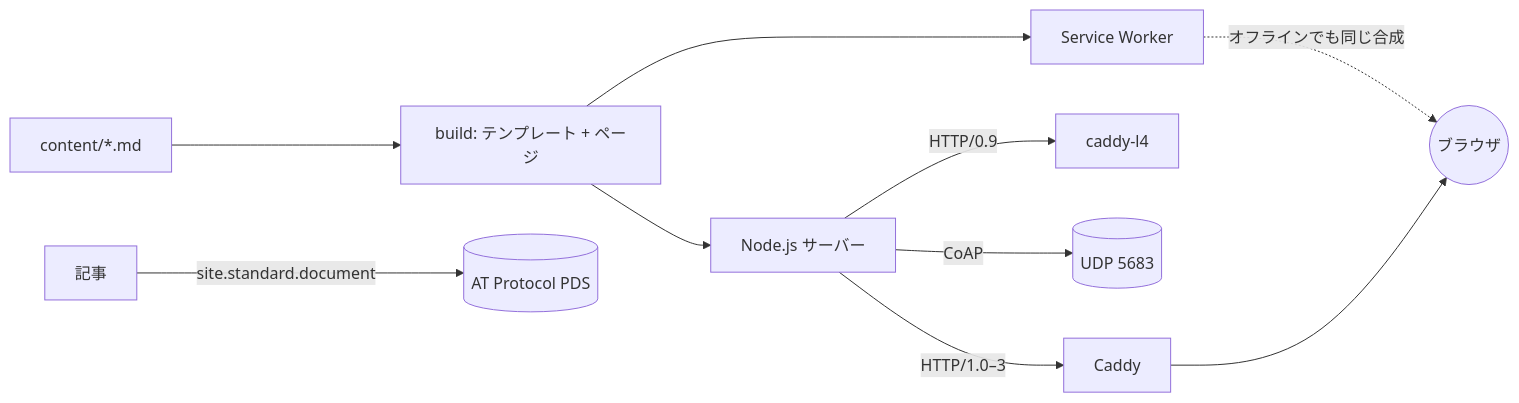
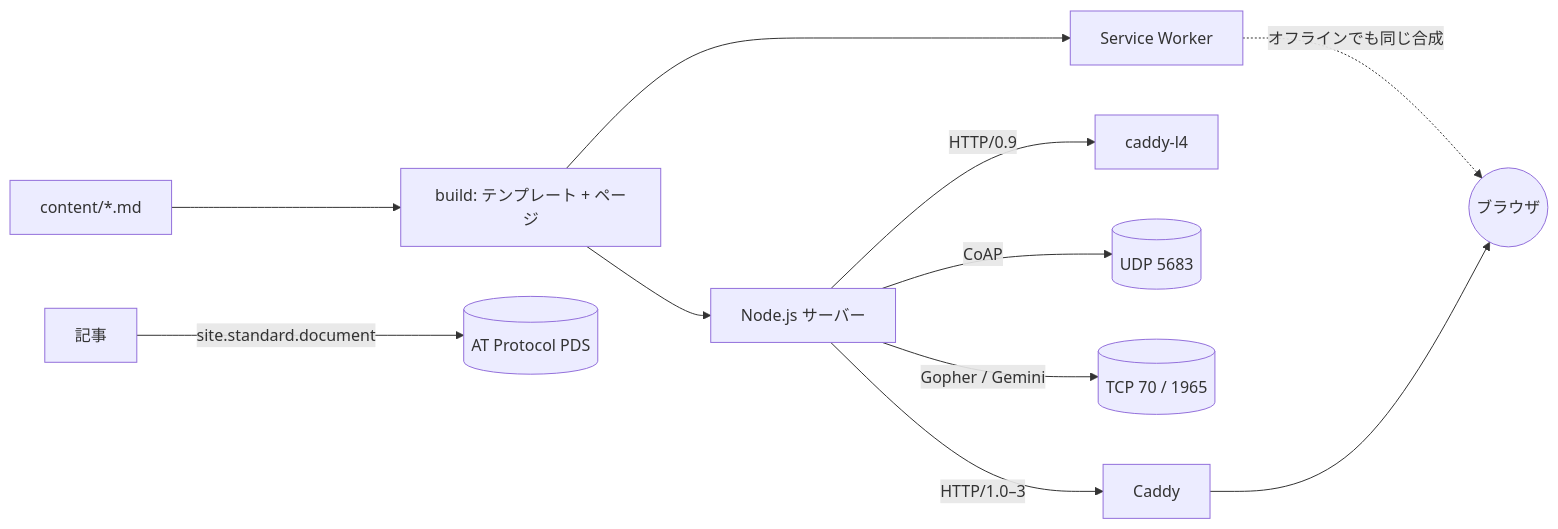
One commit to oriom-dev/oriom-dev changed the second of 2 diagrams in README.md. Above: the diagram before and after it, drawn with Mermaid. The commit also changed other lines of this file, not shown here.

Commit message:
README に Gopher・Gemini とコメント欄を追記

````diff
--- a/README.md
+++ b/README.md
@@ -91,12 +93,13 @@
 ```mermaid
 flowchart LR
     md[content/*.md] --> build[build: テンプレート + ページ]
     build --> server[Node.js サーバー]
     server -->|HTTP/1.0–3| caddy[Caddy]
     server -->|HTTP/0.9| l4[caddy-l4]
     server -->|CoAP| udp[(UDP 5683)]
+    server -->|Gopher / Gemini| tcp[(TCP 70 / 1965)]
     build --> sw[Service Worker]
     sw -.->|オフラインでも同じ合成| browser((ブラウザ))
     caddy --> browser
     posts[記事] -->|site.standard.document| pds[(AT Protocol PDS)]
 ```
````
